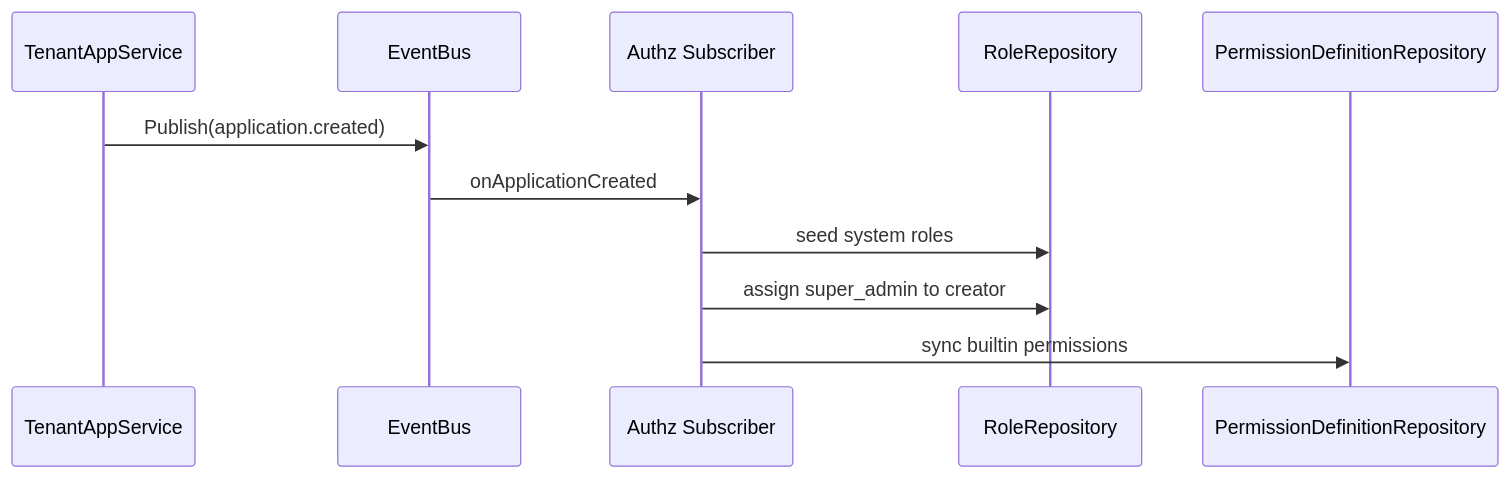
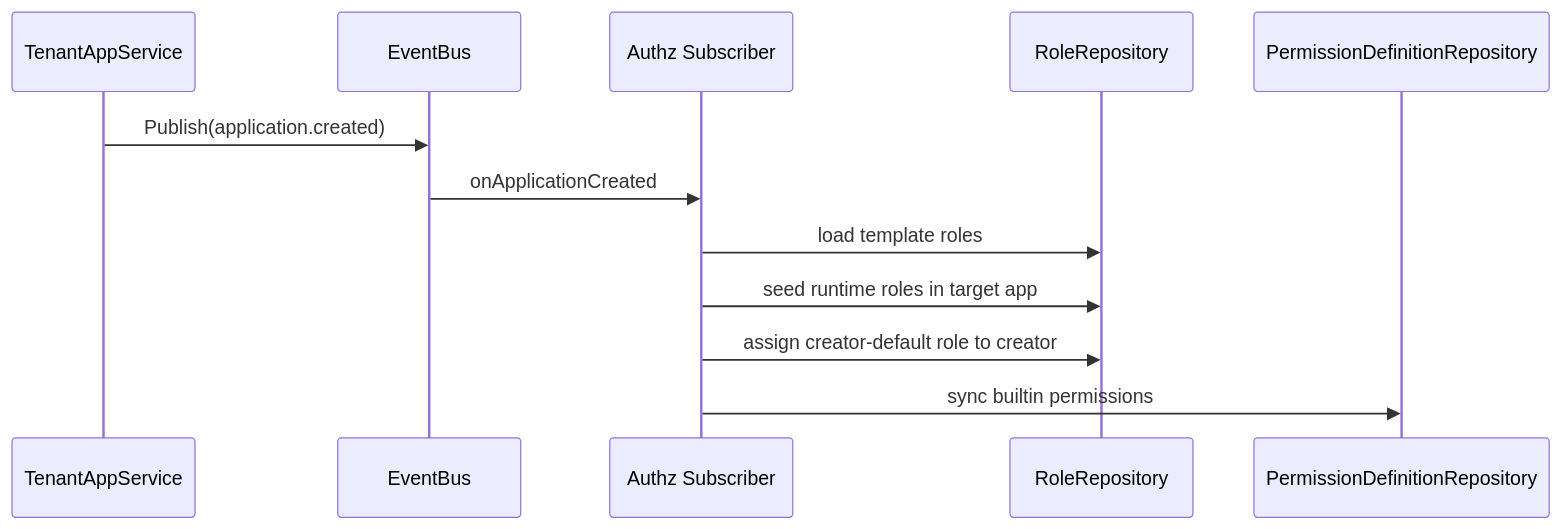
The second of 5 diagrams in docs/design/50-context-interactions.md (hero-elio/openiam), drawn with Mermaid before and after one commit. The commit also changed other lines of this file and 10 other files, not shown here.

````diff
--- a/docs/design/50-context-interactions.md
+++ b/docs/design/50-context-interactions.md
@@ -28,14 +28,15 @@
 ```mermaid
 sequenceDiagram
   participant TApp as TenantAppService
   participant Bus as EventBus
   participant ASub as Authz Subscriber
   participant RoleRepo as RoleRepository
   participant PermRepo as PermissionDefinitionRepository
 
   TApp->>Bus: Publish(application.created)
   Bus->>ASub: onApplicationCreated
-  ASub->>RoleRepo: seed system roles
-  ASub->>RoleRepo: assign super_admin to creator
+ASub->>RoleRepo: load template roles
+ASub->>RoleRepo: seed runtime roles in target app
+ASub->>RoleRepo: assign creator-default role to creator
   ASub->>PermRepo: sync builtin permissions
 ```
````
